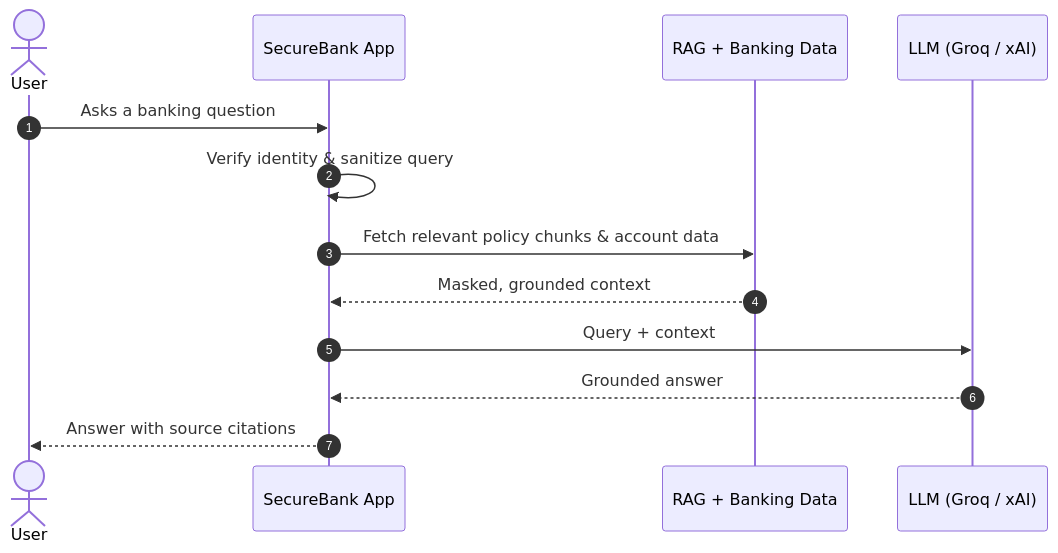
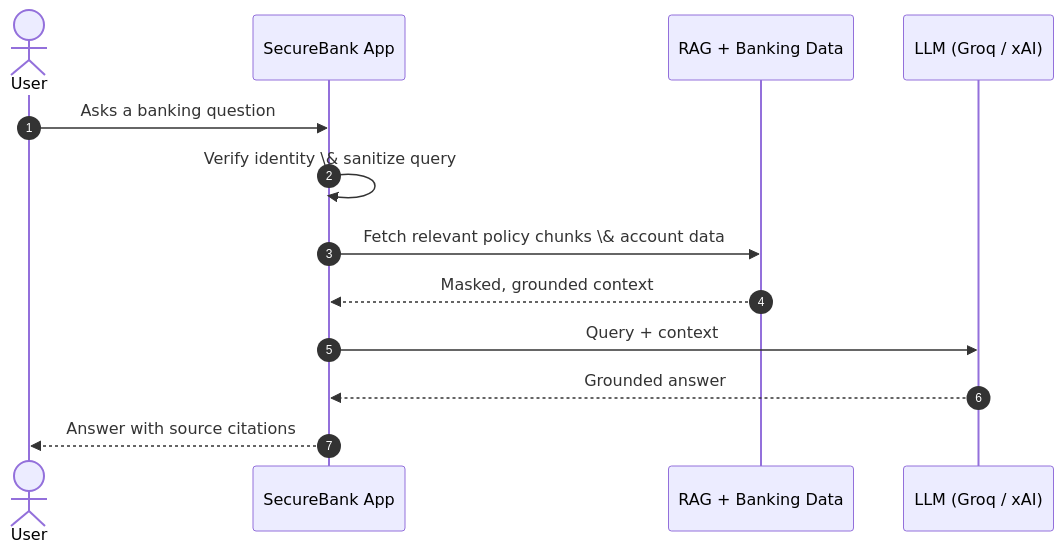
The second of 2 diagrams in README.md (NIRMALKUMAR222/AI-Banking-Assistant), drawn with Mermaid before and after one commit. The commit also changed other lines of this file, not shown here.

````diff
--- a/README.md
+++ b/README.md
@@ -24,16 +24,16 @@
 ```mermaid
 sequenceDiagram
     autonumber
     actor User
     participant App as SecureBank App
     participant Data as RAG + Banking Data
     participant LLM as LLM (Groq / xAI)
 
     User->>App: Asks a banking question
-    App->>App: Verify identity & sanitize query
-    App->>Data: Fetch relevant policy chunks & account data
+    App->>App: Verify identity \& sanitize query
+    App->>Data: Fetch relevant policy chunks \& account data
     Data-->>App: Masked, grounded context
     App->>LLM: Query + context
     LLM-->>App: Grounded answer
     App-->>User: Answer with source citations
 ```
````
